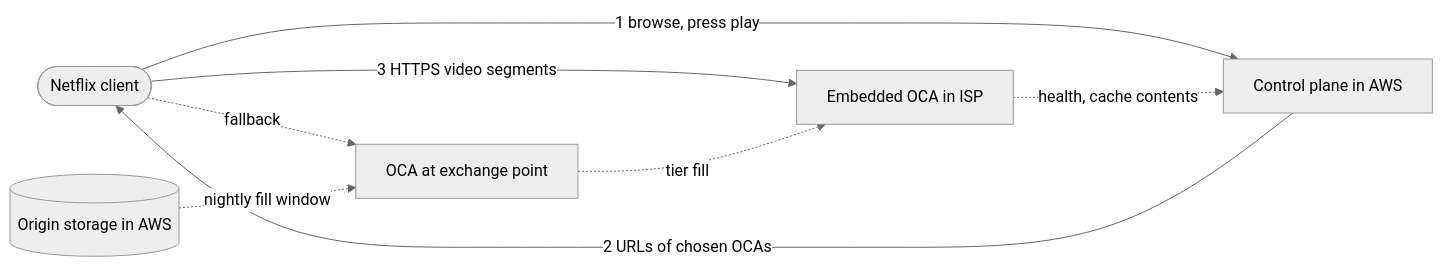
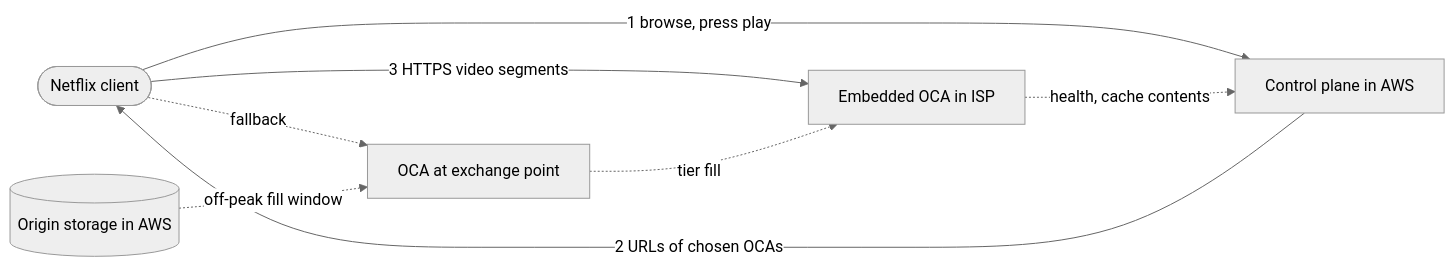
One commit to Sampath1-1-1/System-Design changed the diagram in diagrams/ch21/fig-21-10.mmd. Above: the diagram before and after it, drawn with Mermaid (neutral theme). The commit also changed 5 other files, not shown here.

```diff
--- a/diagrams/ch21/fig-21-10.mmd
+++ b/diagrams/ch21/fig-21-10.mmd
@@ -1,9 +1,9 @@
 %% Figure 21.10 — Open Connect: control plane in the cloud, bytes from the ISP
 flowchart LR
   C([Netflix client]) -->|1 browse, press play| AWS[Control plane in AWS]
   AWS -->|2 URLs of chosen OCAs| C
   C -->|3 HTTPS video segments| OCA1[Embedded OCA in ISP]
   C -.->|fallback| OCA2[OCA at exchange point]
-  S3[(Origin storage in AWS)] -.->|nightly fill window| OCA2
+  S3[(Origin storage in AWS)] -.->|off-peak fill window| OCA2
   OCA2 -.->|tier fill| OCA1
   OCA1 -.->|health, cache contents| AWS
```
